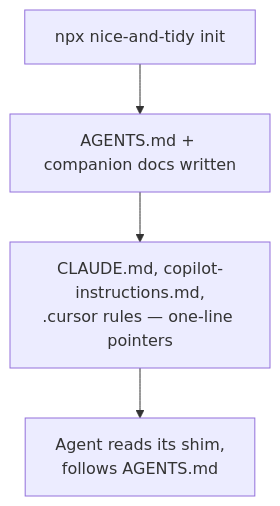
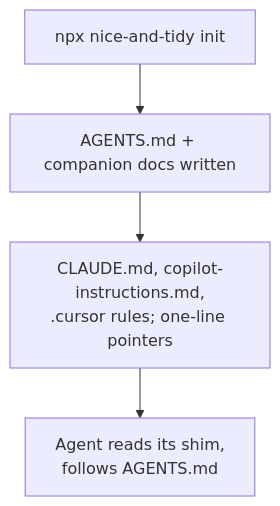
Before and after one commit to aeassaf/nice-and-tidy: the first of 3 diagrams in README.md, drawn with Mermaid. The commit also changed other lines of this file and 62 other files, not shown here.

````diff
--- a/README.md
+++ b/README.md
@@ -83,6 +82,6 @@
 ```mermaid
 flowchart TD
     A["npx nice-and-tidy init"] --> B["AGENTS.md + companion docs written"]
-    B --> C["CLAUDE.md, copilot-instructions.md,<br/>.cursor rules — one-line pointers"]
+    B --> C["CLAUDE.md, copilot-instructions.md,<br/>.cursor rules; one-line pointers"]
     C --> D["Agent reads its shim,<br/>follows AGENTS.md"]
 ```
````
